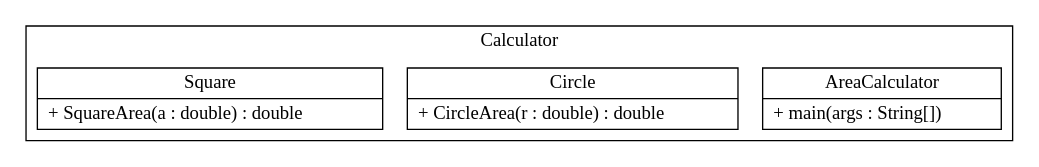
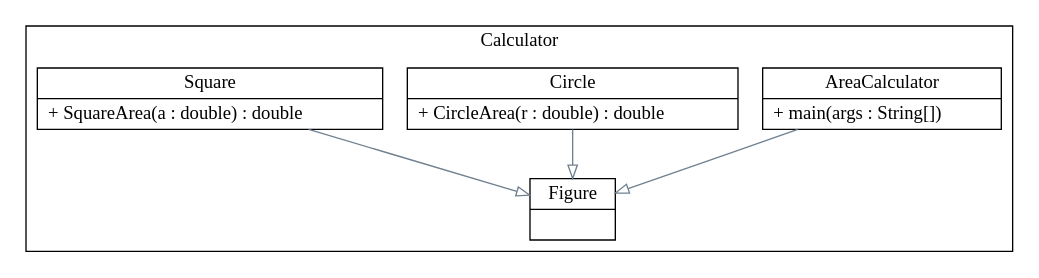
The diagram in target/LaboratoriaTechnologie.urm.dot (RychuKropkaExe/LaboratoriaTechnologie), drawn with Graphviz before and after one commit. The commit also changed 4 other files, not shown here.

Commit message:
Zmiany w diagramie

```diff
--- a/target/LaboratoriaTechnologie.urm.dot
+++ b/target/LaboratoriaTechnologie.urm.dot
@@ -1,10 +1,14 @@
 digraph domain {
   edge [ fontsize = 11 ];
   node [ shape=record ];
   subgraph cluster_0 {
     label = "Calculator";
     AreaCalculator [ label = "{AreaCalculator | + main(args : String[])\l}" ] 
     Circle [ label = "{Circle | + CircleArea(r : double) : double\l}" ] 
+    Figure [ label = "{Figure | }" ] 
     Square [ label = "{Square | + SquareArea(a : double) : double\l}" ] 
   }
+  AreaCalculator -> Figure [arrowhead=empty color=slategray];
+  Circle -> Figure [arrowhead=empty color=slategray];
+  Square -> Figure [arrowhead=empty color=slategray];
 }
```
